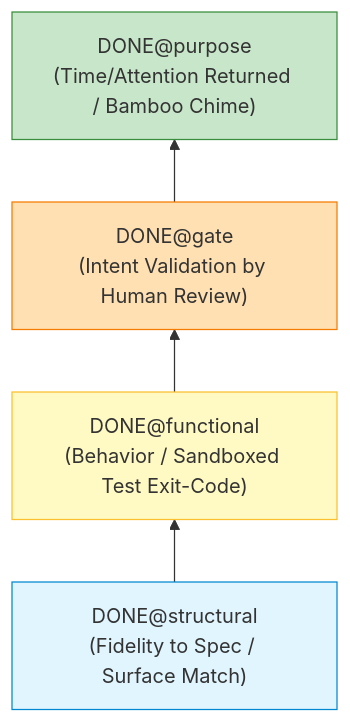
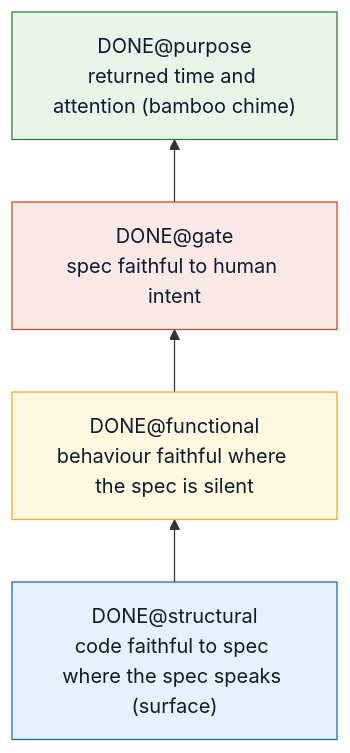
Before and after one commit to fuzaro/EEEMIAD: the diagram in docs/en/02-principles.md, drawn with Mermaid. The commit also changed other lines of this file and 65 other files, not shown here.

````diff
--- a/docs/en/02-principles.md
+++ b/docs/en/02-principles.md
@@ -10,11 +11,10 @@
 ```mermaid
 graph BT
-    D1["DONE@structural<br/>(Fidelity to Spec / Surface Match)"] --> D2["DONE@functional<br/>(Behavior / Sandboxed Test Exit-Code)"]
-    D2 --> D3["DONE@gate<br/>(Intent Validation by Human Review)"]
-    D3 --> D4["DONE@purpose<br/>(Time/Attention Returned / Bamboo Chime)"]
-
-    style D1 fill:#e1f5fe,stroke:#0288d1
-    style D2 fill:#fff9c4,stroke:#fbc02d
-    style D3 fill:#ffe0b2,stroke:#f57c00
-    style D4 fill:#c8e6c9,stroke:#388e3c
+    D1["DONE@structural<br/>code faithful to spec where the spec speaks (surface)"] --> D2["DONE@functional<br/>behaviour faithful where the spec is silent"]
+    D2 --> D3["DONE@gate<br/>spec faithful to human intent"]
+    D3 --> D4["DONE@purpose<br/>returned time and attention (bamboo chime)"]
+    style D1 fill:#e3f2fd,stroke:#1565c0,color:#0d1b2a
+    style D2 fill:#fff8e1,stroke:#f9a825,color:#0d1b2a
+    style D3 fill:#fbe9e7,stroke:#d84315,color:#0d1b2a
+    style D4 fill:#e8f5e9,stroke:#2e7d32,color:#0d1b2a
 ```
````
